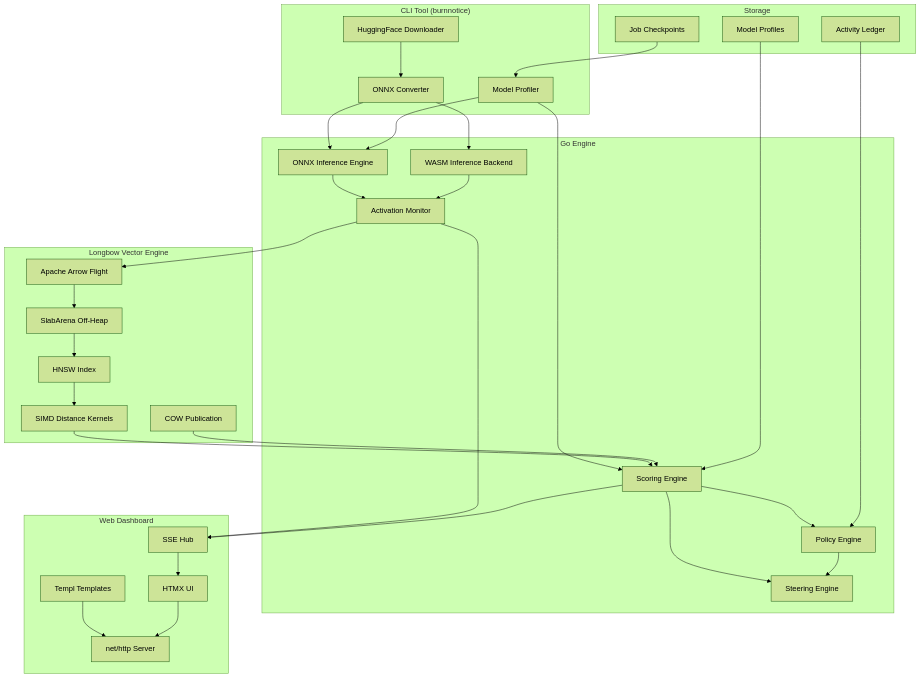
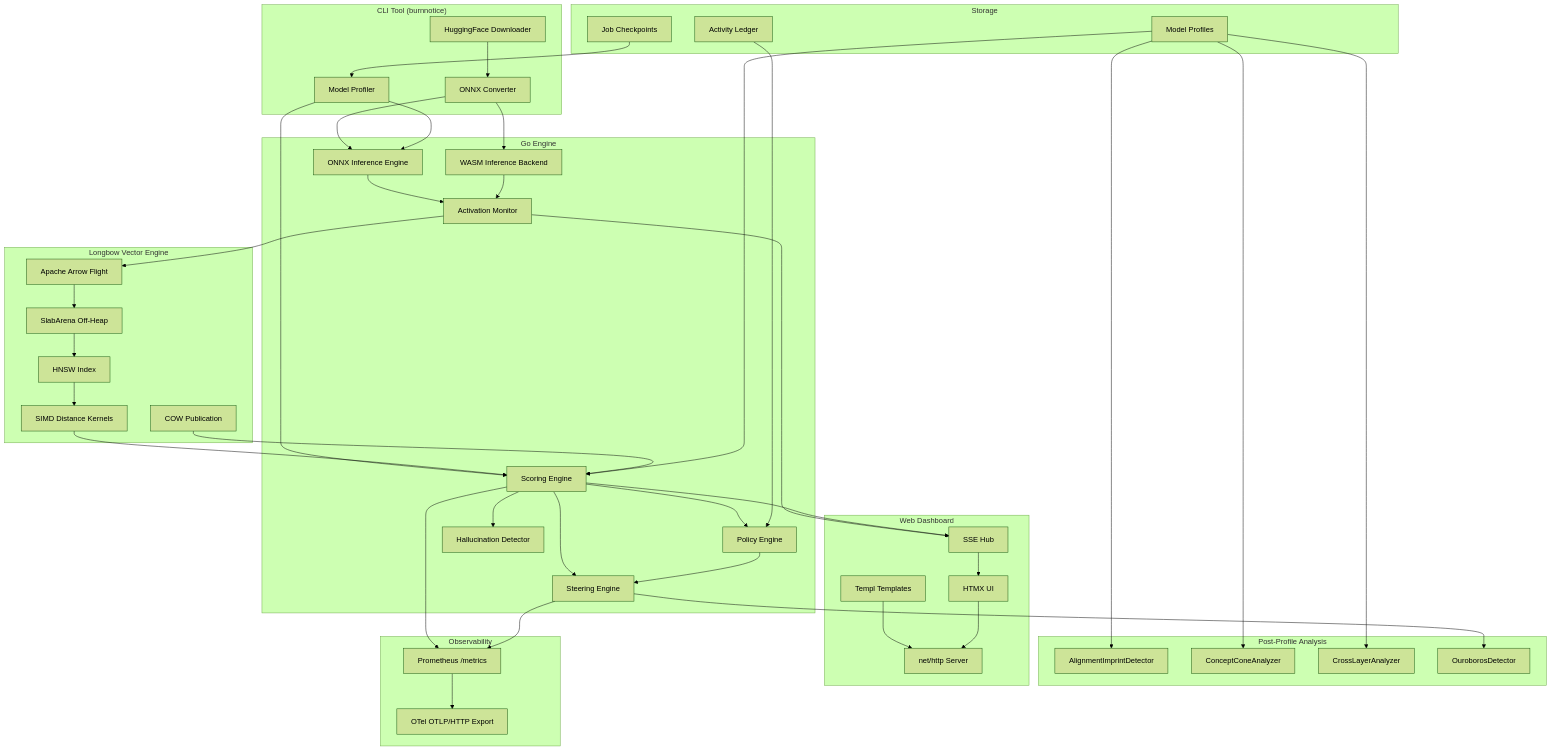
The first of 18 diagrams in docs/architecture.md (23skdu/BurnNotice), drawn with Mermaid (forest theme) before and after one commit. The commit also changed other lines of this file and 5 other files, not shown here.

````diff
--- a/docs/architecture.md
+++ b/docs/architecture.md
@@ -25,6 +25,14 @@
         SCORE["Scoring Engine"]
         STEER["Steering Engine"]
         POLICY["Policy Engine"]
+        HALL["Hallucination Detector"]
+    end
+
+    subgraph Analysis["Post-Profile Analysis"]
+        ALIGN["AlignmentImprintDetector"]
+        CONE["ConceptConeAnalyzer"]
+        CROSS["CrossLayerAnalyzer"]
+        OURO["OuroborosDetector"]
     end
 
     subgraph Longbow["Longbow Vector Engine"]
@@ -40,6 +48,11 @@
         TEMPL["Templ Templates"]
         HTMX["HTMX UI"]
         SSE["SSE Hub"]
+    end
+
+    subgraph Observability["Observability"]
+        PROM["Prometheus /metrics"]
+        OTEL["OTel OTLP/HTTP Export"]
     end
 
     subgraph Storage["Storage"]
@@ -65,6 +78,12 @@
     SCORE --> STEER
     SCORE --> POLICY
     POLICY --> STEER
+    SCORE --> HALL
+
+    PROFILES --> ALIGN
+    PROFILES --> CONE
+    PROFILES --> CROSS
+    STEER --> OURO
 
     MON --> SSE
     SCORE --> SSE
@@ -75,4 +94,8 @@
     PROFILES --> SCORE
     CHECKPOINTS --> PROF
     LEDGER --> POLICY
+
+    SCORE --> PROM
+    STEER --> PROM
+    PROM --> OTEL
 ```
````
